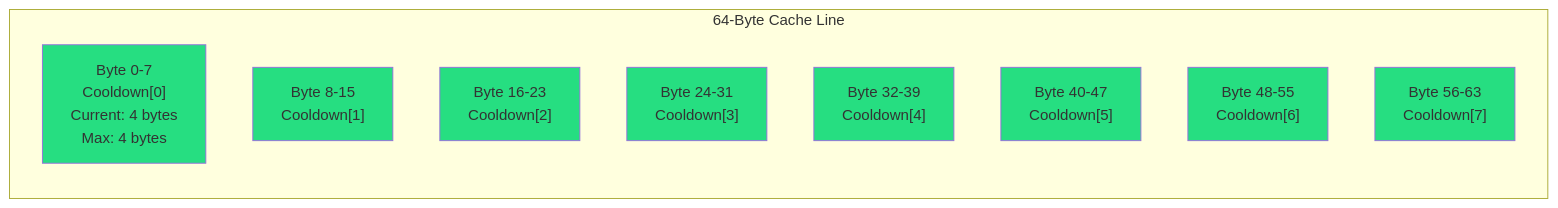
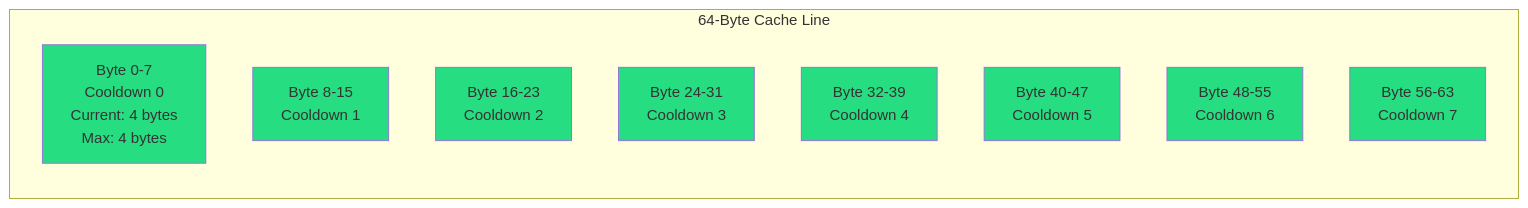
The tenth of 13 diagrams in 01-the-golden-rule.md (IAFahim/data-oriented-design-standards), drawn with Mermaid before and after one commit. The commit also changed other lines of this file and 1 other file, not shown here.

````diff
--- a/01-the-golden-rule.md
+++ b/01-the-golden-rule.md
@@ -763,23 +763,23 @@
 ```mermaid
 graph LR
     subgraph "64-Byte Cache Line"
         direction TB
-        B0["Byte 0-7<br/>Cooldown[0]<br/>Current: 4 bytes<br/>Max: 4 bytes"]
-        B1["Byte 8-15<br/>Cooldown[1]"]
-        B2["Byte 16-23<br/>Cooldown[2]"]
-        B3["Byte 24-31<br/>Cooldown[3]"]
-        B4["Byte 32-39<br/>Cooldown[4]"]
-        B5["Byte 40-47<br/>Cooldown[5]"]
-        B6["Byte 48-55<br/>Cooldown[6]"]
-        B7["Byte 56-63<br/>Cooldown[7]"]
+        B0["Byte 0-7<br/>Cooldown 0<br/>Current: 4 bytes<br/>Max: 4 bytes"]
+        B1["Byte 8-15<br/>Cooldown 1"]
+        B2["Byte 16-23<br/>Cooldown 2"]
+        B3["Byte 24-31<br/>Cooldown 3"]
+        B4["Byte 32-39<br/>Cooldown 4"]
+        B5["Byte 40-47<br/>Cooldown 5"]
+        B6["Byte 48-55<br/>Cooldown 6"]
+        B7["Byte 56-63<br/>Cooldown 7"]
     end
     
     style B0 fill:#26de81
     style B1 fill:#26de81
     style B2 fill:#26de81
     style B3 fill:#26de81
     style B4 fill:#26de81
     style B5 fill:#26de81
     style B6 fill:#26de81
     style B7 fill:#26de81
 ```
````
